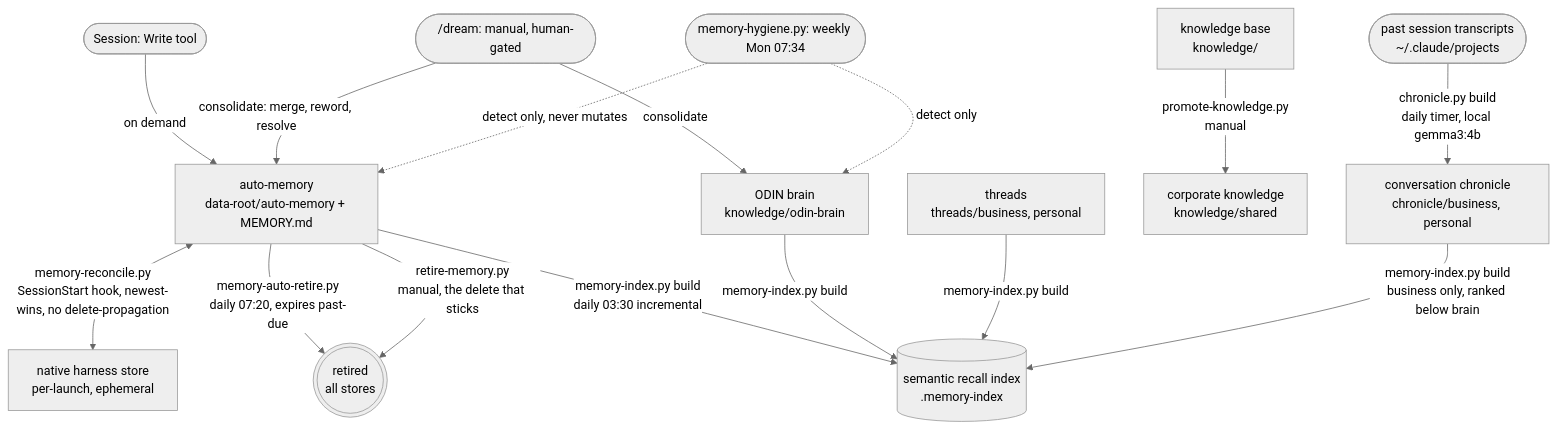
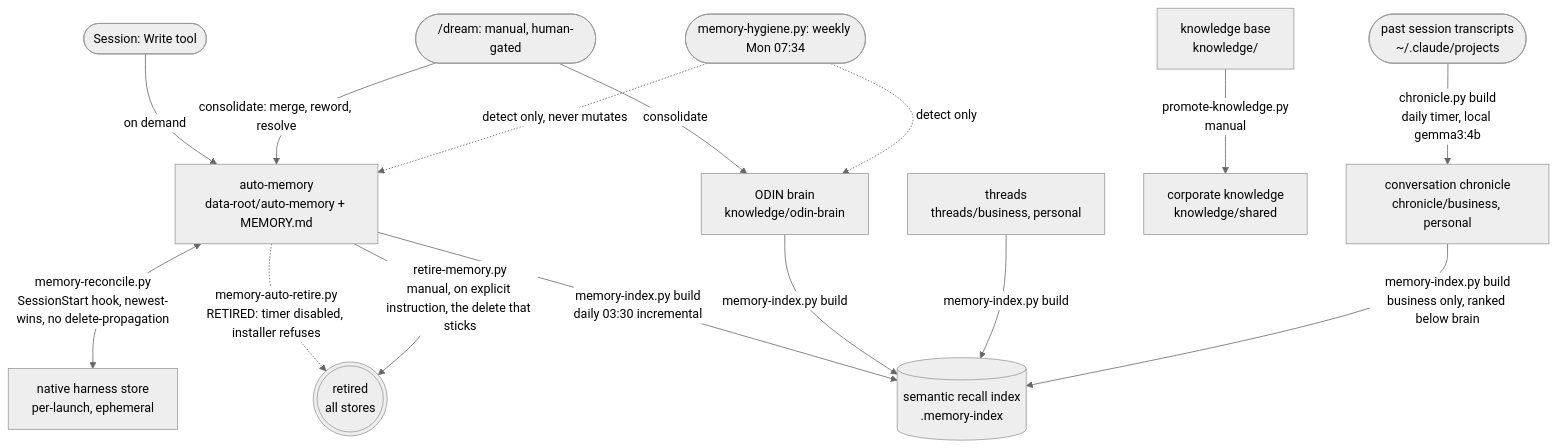
One commit to mishahanin/heading-os changed the diagram in docs/memory-lifecycle.md. Above: the diagram before and after it, drawn with Mermaid (neutral theme). The commit also changed other lines of this file and 5 other files, not shown here.

````diff
--- a/docs/memory-lifecycle.md
+++ b/docs/memory-lifecycle.md
@@ -11,23 +11,23 @@
 ```mermaid
 flowchart TD
     SESS([Session: Write tool]) -->|on demand| AM[auto-memory<br/>data-root/auto-memory + MEMORY.md]
     DREAM([/dream: manual, human-gated]) -->|consolidate: merge, reword, resolve| AM
     DREAM -->|consolidate| ODIN[ODIN brain<br/>knowledge/odin-brain]
 
     AM <-->|memory-reconcile.py<br/>SessionStart hook, newest-wins, no delete-propagation| NAT[native harness store<br/>per-launch, ephemeral]
 
-    AM -->|memory-auto-retire.py<br/>daily 07:20, expires past-due| RET(((retired<br/>all stores)))
-    AM -->|retire-memory.py<br/>manual, the delete that sticks| RET
+    AM -.->|memory-auto-retire.py<br/>RETIRED: timer disabled, installer refuses| RET(((retired<br/>all stores)))
+    AM -->|retire-memory.py<br/>manual, on explicit instruction, the delete that sticks| RET
 
     AM -->|memory-index.py build<br/>daily 03:30 incremental| IDX[(semantic recall index<br/>.memory-index)]
     ODIN -->|memory-index.py build| IDX
     THR[threads<br/>threads/business, personal] -->|memory-index.py build| IDX
 
     KB[knowledge base<br/>knowledge/] -->|promote-knowledge.py<br/>manual| COR[corporate knowledge<br/>knowledge/shared]
 
     SESSJSONL([past session transcripts<br/>~/.claude/projects]) -->|chronicle.py build<br/>daily timer, local gemma3:4b| CHR[conversation chronicle<br/>chronicle/business, personal]
     CHR -->|memory-index.py build<br/>business only, ranked below brain| IDX
 
     HYG([memory-hygiene.py: weekly Mon 07:34]) -.->|detect only, never mutates| AM
     HYG -.->|detect only| ODIN
 ```
````
